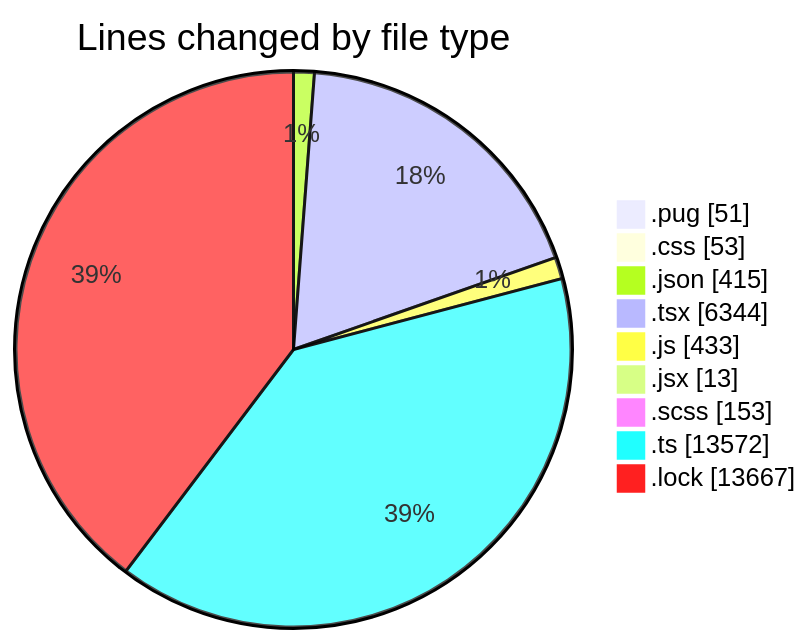
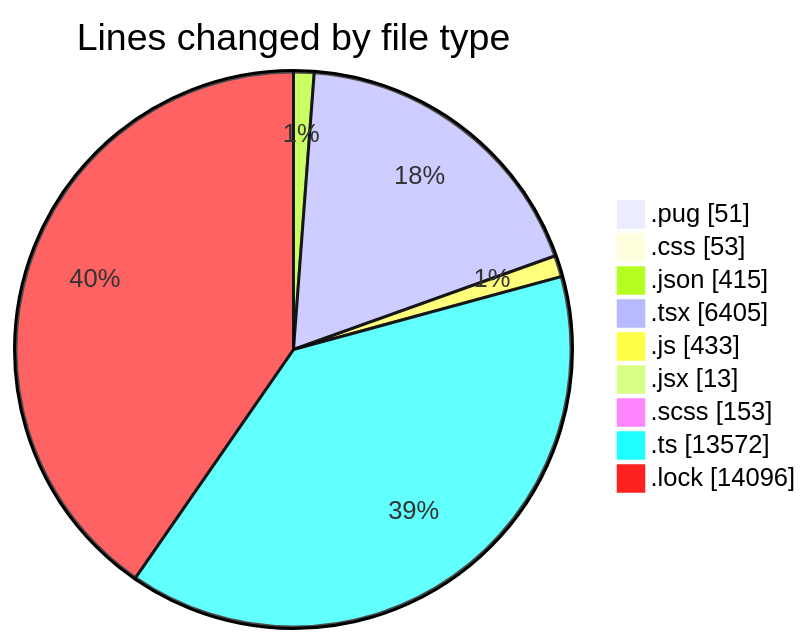
The first of 2 diagrams in 2025-11-06/cda/README.md (momahboobian/code-tracking), drawn with Mermaid before and after one commit. The commit also changed other lines of this file and 1 other file, not shown here.

````diff
--- a/2025-11-06/cda/README.md
+++ b/2025-11-06/cda/README.md
@@ -47,13 +47,13 @@
 ```mermaid
 pie showData
 title Lines changed by file type
 ".pug" : 51
 ".css" : 53
 ".json" : 415
-".tsx" : 6344
+".tsx" : 6405
 ".js" : 433
 ".jsx" : 13
 ".scss" : 153
 ".ts" : 13572
-".lock" : 13667
+".lock" : 14096
 ```
````
